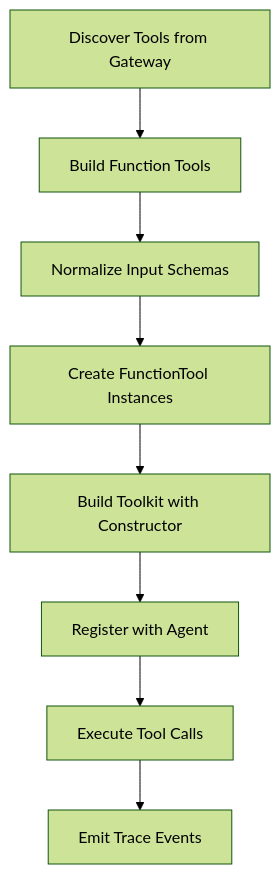
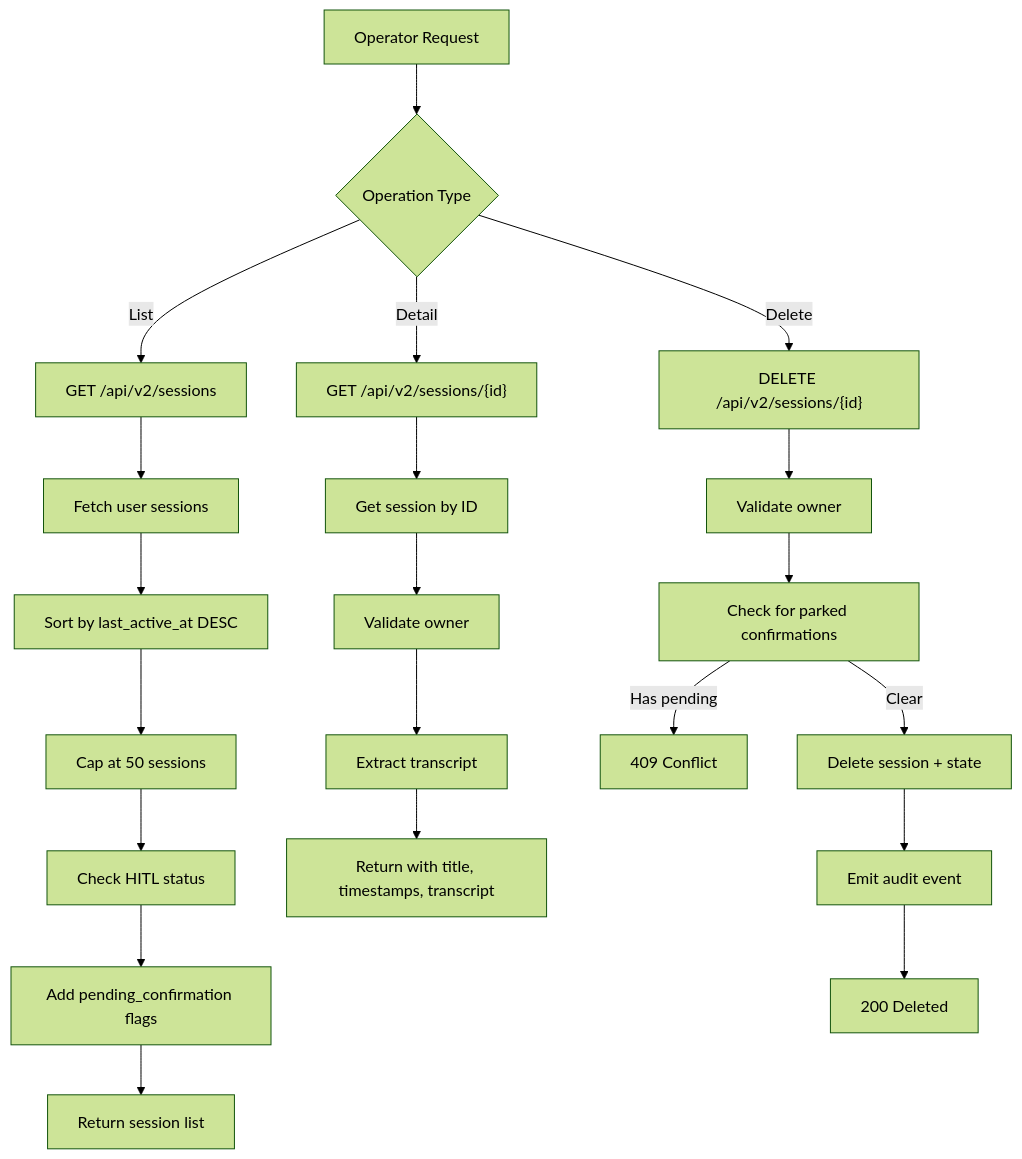
Before and after one commit to metasync/luban-aiops: the tenth of 18 diagrams in .qoder/repowiki/en/content/Agent Platform Service/Agent Platform Service.md, drawn with Mermaid (forest theme). The commit also changed other lines of this file and 33 other files, not shown here.

````diff
--- a/.qoder/repowiki/en/content/Agent Platform Service/Agent Platform Service.md
+++ b/.qoder/repowiki/en/content/Agent Platform Service/Agent Platform Service.md
@@ -439,10 +654,23 @@
 ```mermaid
 flowchart TD
-A["Discover Tools from Gateway"] --> B["Build Function Tools"]
-B --> C["Normalize Input Schemas"]
-C --> D["Create FunctionTool Instances"]
-D --> E["Build Toolkit with Constructor"]
-E --> F["Register with Agent"]
-F --> G["Execute Tool Calls"]
-G --> H["Emit Trace Events"]
+A["Operator Request"] --> B{"Operation Type"}
+B --> |List| C["GET /api/v2/sessions"]
+B --> |Detail| D["GET /api/v2/sessions/{id}"]
+B --> |Delete| E["DELETE /api/v2/sessions/{id}"]
+C --> F["Fetch user sessions"]
+F --> G["Sort by last_active_at DESC"]
+G --> H["Cap at 50 sessions"]
+H --> I["Check HITL status"]
+I --> J["Add pending_confirmation flags"]
+J --> K["Return session list"]
+D --> L["Get session by ID"]
+L --> M["Validate owner"]
+M --> N["Extract transcript"]
+N --> O["Return with title, timestamps, transcript"]
+E --> P["Validate owner"]
+P --> Q["Check for parked confirmations"]
+Q --> |Has pending| R["409 Conflict"]
+Q --> |Clear| S["Delete session + state"]
+S --> T["Emit audit event"]
+T --> U["200 Deleted"]
 ```
````
